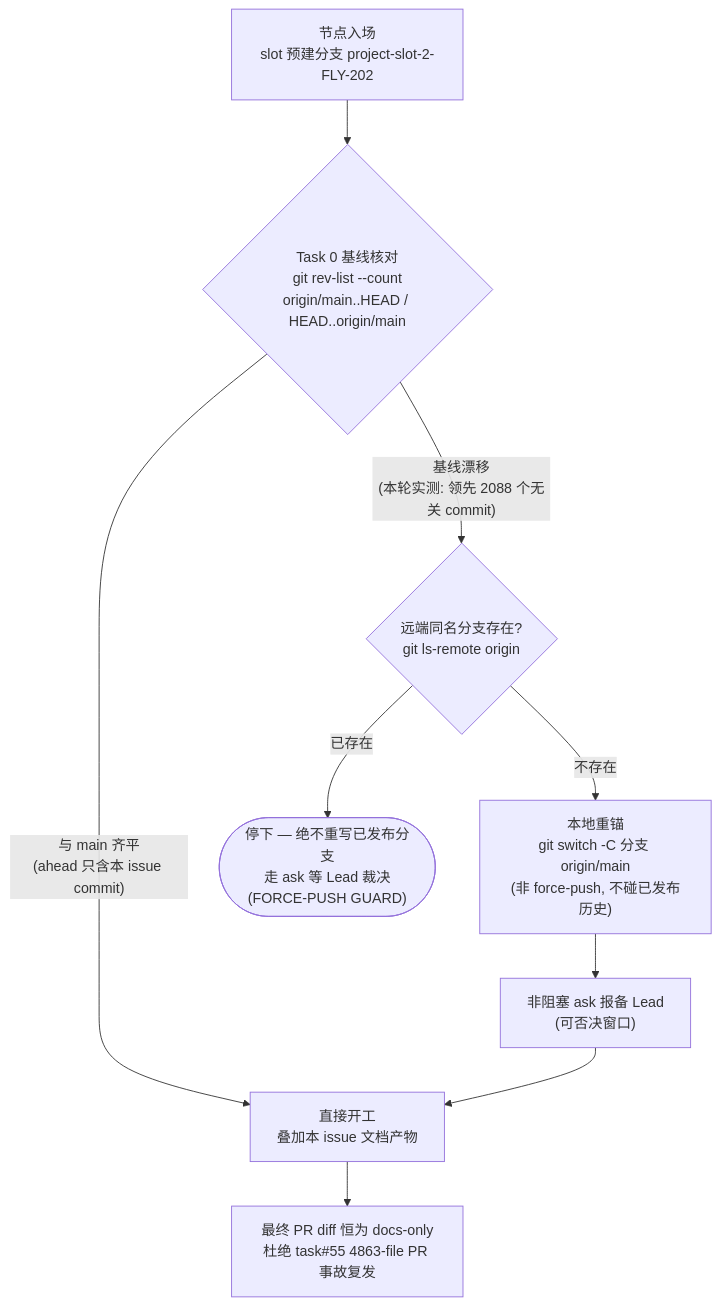
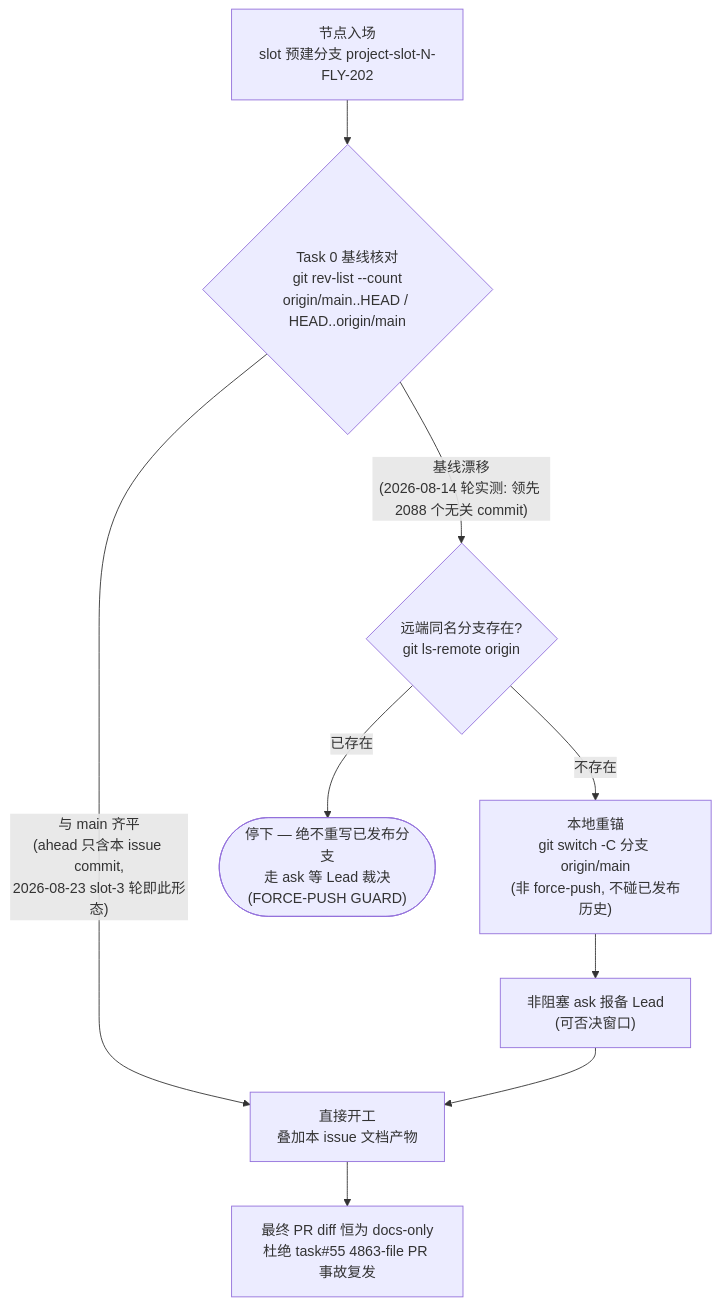
One commit to xrliAnnie/flywheel-qa-sandbox changed the diagram in doc/FLY-202-qa-sandbox-fixture/FLY-202-d4-branch-hygiene.mmd. Above: the diagram before and after it, drawn with Mermaid. The commit also changed 4 other files, not shown here.

First line of the commit message:
docs(FLY-202): refresh design artifacts — slot-3 run 9b90fc91 design node

```diff
--- a/doc/FLY-202-qa-sandbox-fixture/FLY-202-d4-branch-hygiene.mmd
+++ b/doc/FLY-202-qa-sandbox-fixture/FLY-202-d4-branch-hygiene.mmd
@@ -1,9 +1,9 @@
 flowchart TD
-    A["节点入场<br/>slot 预建分支 project-slot-2-FLY-202"] --> B{"Task 0 基线核对<br/>git rev-list --count<br/>origin/main..HEAD / HEAD..origin/main"}
-    B -->|"与 main 齐平<br/>(ahead 只含本 issue commit)"| OK["直接开工<br/>叠加本 issue 文档产物"]
-    B -->|"基线漂移<br/>(本轮实测: 领先 2088 个无关 commit)"| C{"远端同名分支存在?<br/>git ls-remote origin"}
+    A["节点入场<br/>slot 预建分支 project-slot-N-FLY-202"] --> B{"Task 0 基线核对<br/>git rev-list --count<br/>origin/main..HEAD / HEAD..origin/main"}
+    B -->|"与 main 齐平<br/>(ahead 只含本 issue commit,<br/>2026-08-23 slot-3 轮即此形态)"| OK["直接开工<br/>叠加本 issue 文档产物"]
+    B -->|"基线漂移<br/>(2026-08-14 轮实测: 领先 2088 个无关 commit)"| C{"远端同名分支存在?<br/>git ls-remote origin"}
     C -->|"不存在"| D["本地重锚<br/>git switch -C 分支 origin/main<br/>(非 force-push, 不碰已发布历史)"]
     D --> E["非阻塞 ask 报备 Lead<br/>(可否决窗口)"]
     E --> OK
     C -->|"已存在"| STOP(["停下 — 绝不重写已发布分支<br/>走 ask 等 Lead 裁决<br/>(FORCE-PUSH GUARD)"])
     OK --> F["最终 PR diff 恒为 docs-only<br/>杜绝 task#55 4863-file PR 事故复发"]
```
